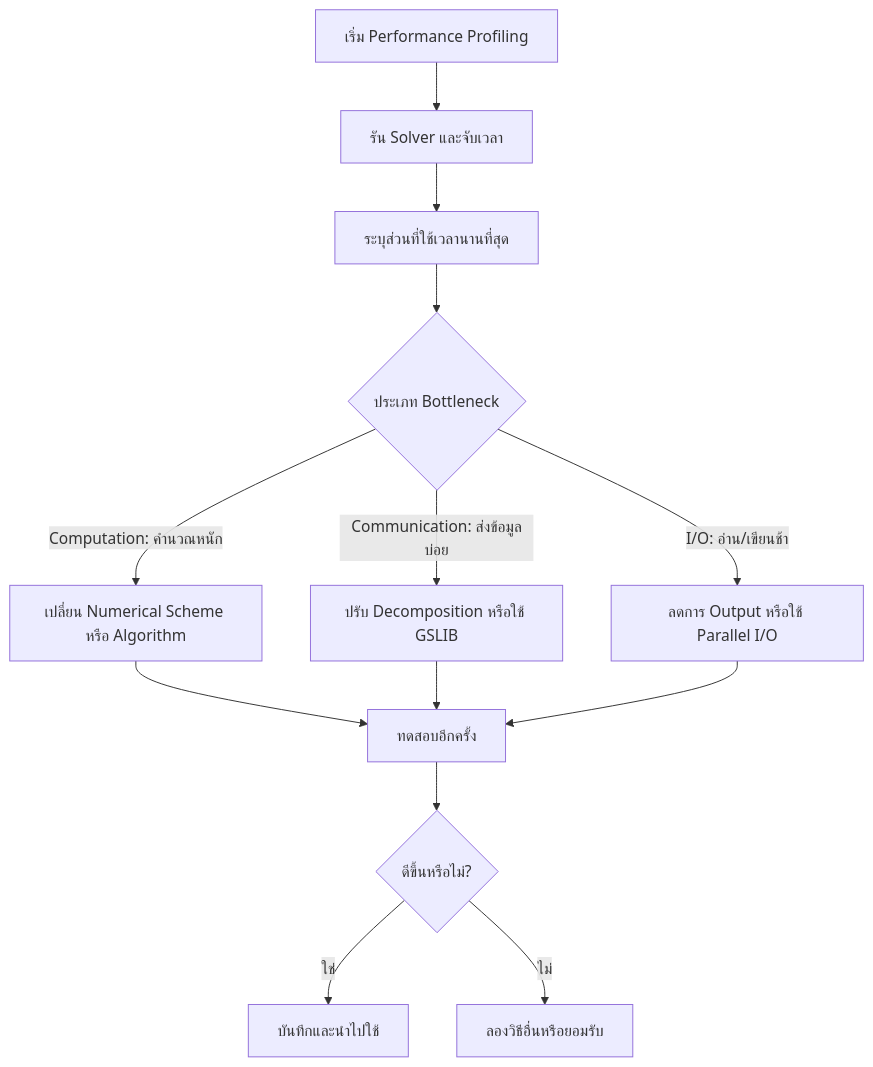
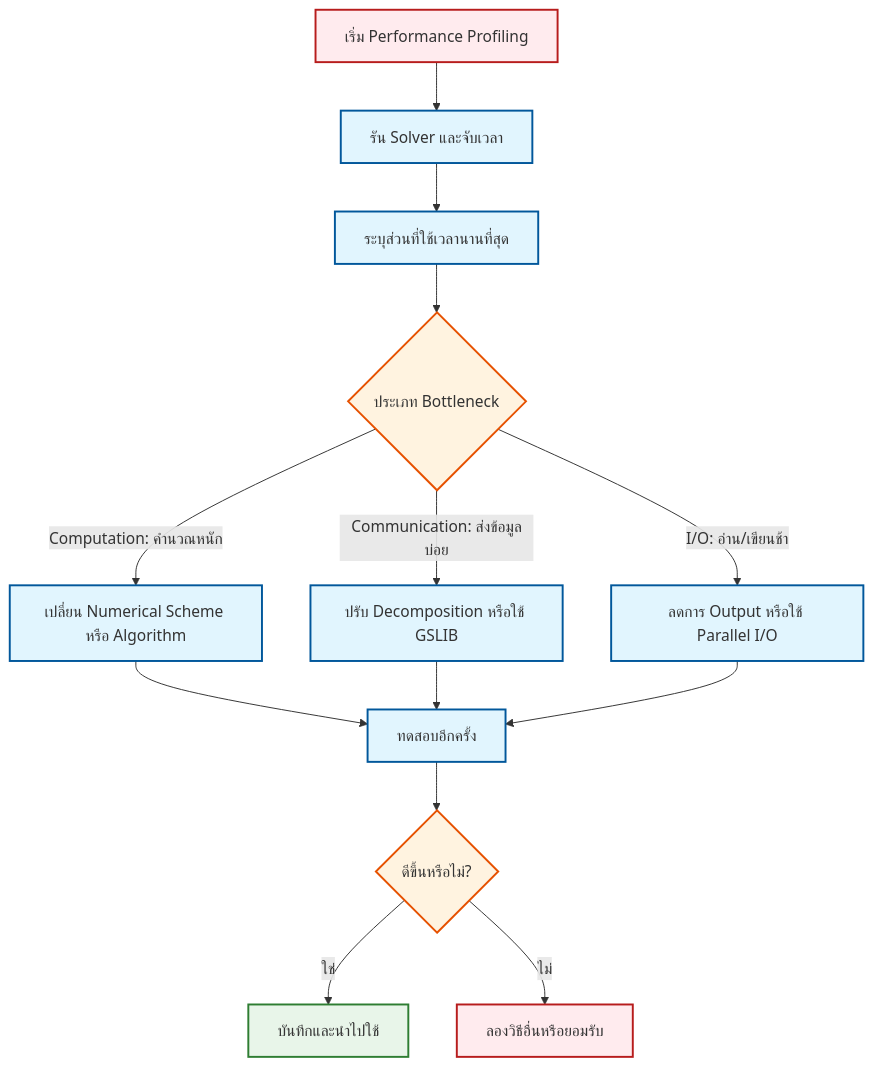
One commit to wramet/build-my-cfd changed the third of 3 diagrams in MODULE_08_TESTING_VALIDATION/CONTENT/04_QA_AUTOMATION_PROFILING/01_Performance_Profiling.md. Above: the diagram before and after it, drawn with Mermaid. The commit also changed other lines of this file and 313 other files, not shown here.

Commit message:
Revise all diagram

````diff
--- a/MODULE_08_TESTING_VALIDATION/CONTENT/04_QA_AUTOMATION_PROFILING/01_Performance_Profiling.md
+++ b/MODULE_08_TESTING_VALIDATION/CONTENT/04_QA_AUTOMATION_PROFILING/01_Performance_Profiling.md
@@ -595,15 +603,19 @@
 ```mermaid
-graph TD
-    A[เริ่ม Performance Profiling] --> B[รัน Solver และจับเวลา]
-    B --> C[ระบุส่วนที่ใช้เวลานานที่สุด]
-    C --> D{ประเภท Bottleneck}
-    D -- Computation: คำนวณหนัก --> E[เปลี่ยน Numerical Scheme หรือ Algorithm]
-    D -- Communication: ส่งข้อมูลบ่อย --> F[ปรับ Decomposition หรือใช้ GSLIB]
-    D -- I/O: อ่าน/เขียนช้า --> G[ลดการ Output หรือใช้ Parallel I/O]
-    E --> H[ทดสอบอีกครั้ง]
-    F --> H
-    G --> H
-    H --> I{ดีขึ้นหรือไม่?}
-    I -- ใช่ --> J[บันทึกและนำไปใช้]
-    I -- ไม่ --> K[ลองวิธีอื่นหรือยอมรับ]
+flowchart TD
+classDef implicit fill:#e1f5fe,stroke:#01579b,stroke-width:2px
+classDef explicit fill:#ffebee,stroke:#b71c1c,stroke-width:2px
+classDef success fill:#e8f5e9,stroke:#2e7d32,stroke-width:2px
+classDef warning fill:#fff3e0,stroke:#e65100,stroke-width:2px
+A[เริ่ม Performance Profiling]:::explicit --> B[รัน Solver และจับเวลา]:::implicit
+B --> C[ระบุส่วนที่ใช้เวลานานที่สุด]:::implicit
+C --> D{ประเภท Bottleneck}:::warning
+D -- "Computation: คำนวณหนัก" --> E[เปลี่ยน Numerical Scheme หรือ Algorithm]:::implicit
+D -- "Communication: ส่งข้อมูลบ่อย" --> F[ปรับ Decomposition หรือใช้ GSLIB]:::implicit
+D -- "I/O: อ่าน/เขียนช้า" --> G[ลดการ Output หรือใช้ Parallel I/O]:::implicit
+E --> H[ทดสอบอีกครั้ง]:::implicit
+F --> H
+G --> H
+H --> I{ดีขึ้นหรือไม่?}:::warning
+I -- ใช่ --> J[บันทึกและนำไปใช้]:::success
+I -- ไม่ --> K[ลองวิธีอื่นหรือยอมรับ]:::explicit
 ```
````
